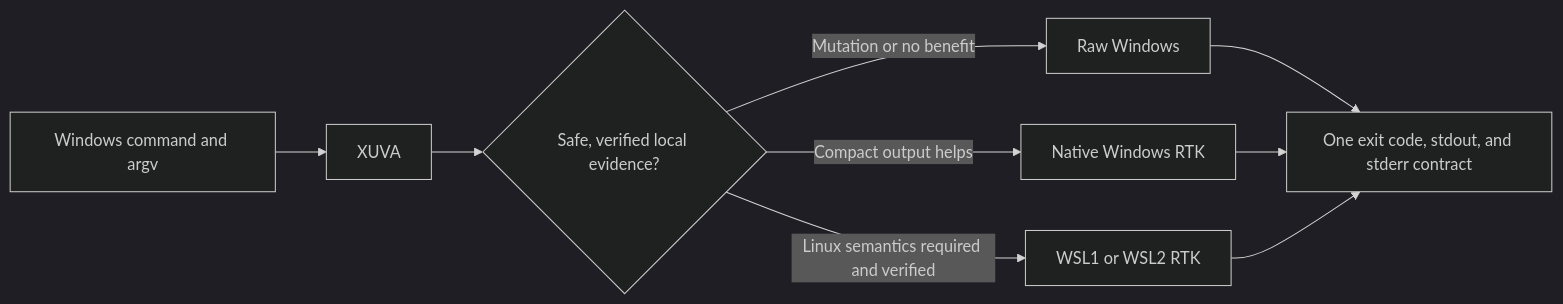
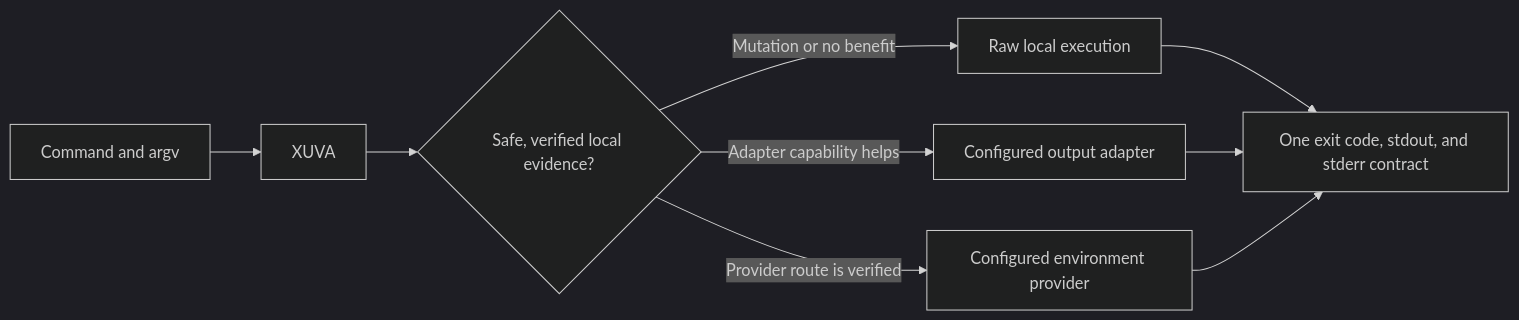
Before and after one commit to badaruddinl/rtk-wad: the first of 2 diagrams in README.md, drawn with Mermaid (dark theme). The commit also changed other lines of this file and 1 other file, not shown here.

Commit message:
docs: make xuva positioning platform-neutral

````diff
--- a/README.md
+++ b/README.md
@@ -34,11 +31,11 @@
 ```mermaid
 flowchart LR
-    A[Windows command and argv] --> B[XUVA]
+    A[Command and argv] --> B[XUVA]
     B --> C{Safe, verified local evidence?}
-    C -->|Mutation or no benefit| D[Raw Windows]
-    C -->|Compact output helps| E[Native Windows RTK]
-    C -->|Linux semantics required and verified| F[WSL1 or WSL2 RTK]
+    C -->|Mutation or no benefit| D[Raw local execution]
+    C -->|Adapter capability helps| E[Configured output adapter]
+    C -->|Provider route is verified| F[Configured environment provider]
     D --> G[One exit code, stdout, and stderr contract]
     E --> G
     F --> G
 ```
````
